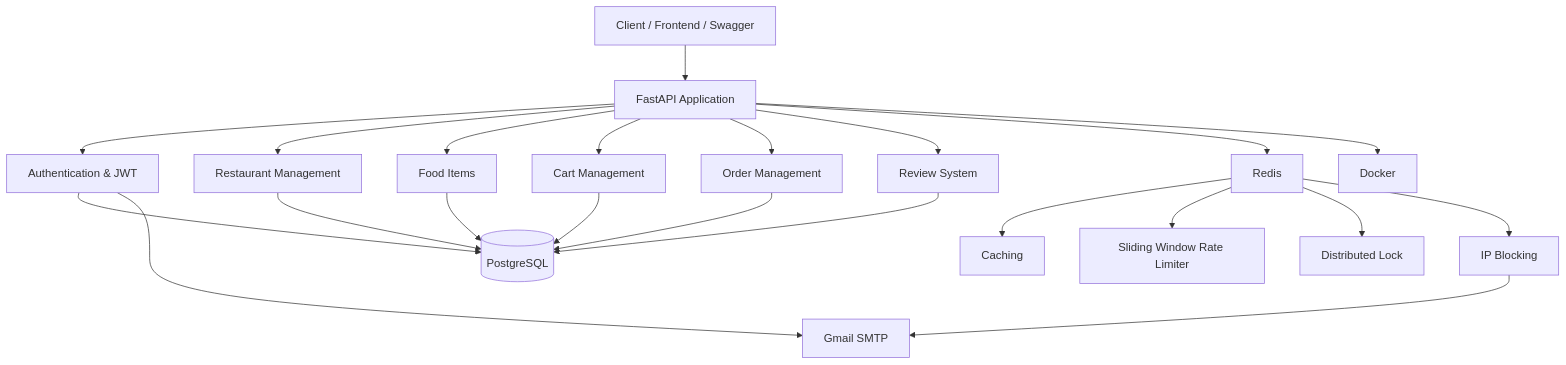
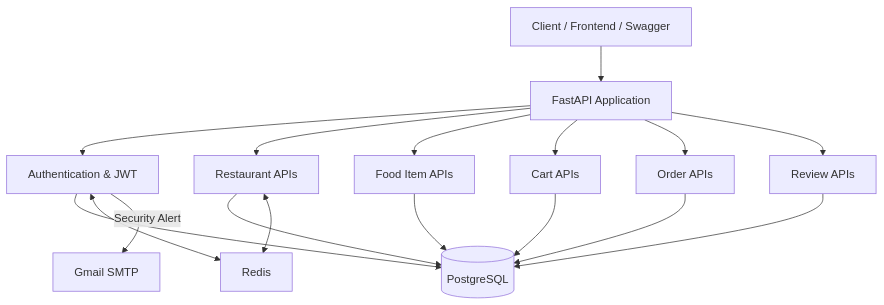
Before and after one commit to SathvikHegade/food_delivary_backend: the first of 9 diagrams in README.md, drawn with Mermaid. The commit also changed other lines of this file and 7 other files, not shown here.

````diff
--- a/README.md
+++ b/README.md
@@ -49,33 +89,38 @@
 ```mermaid
 flowchart TD
     Client["Client / Frontend / Swagger"]
+
     API["FastAPI Application"]
+
+    Auth["Authentication & JWT"]
+    Restaurants["Restaurant APIs"]
+    Food["Food Item APIs"]
+    Cart["Cart APIs"]
+    Orders["Order APIs"]
+    Reviews["Review APIs"]
+
+    Redis["Redis"]
+    DB[("PostgreSQL")]
+    Email["Gmail SMTP"]
 
     Client --> API
 
-    API --> Auth["Authentication & JWT"]
-    API --> Restaurant["Restaurant Management"]
-    API --> Food["Food Items"]
-    API --> Cart["Cart Management"]
-    API --> Order["Order Management"]
-    API --> Review["Review System"]
+    API --> Auth
+    API --> Restaurants
+    API --> Food
+    API --> Cart
+    API --> Orders
+    API --> Reviews
 
-    Auth --> DB[("PostgreSQL")]
-    Restaurant --> DB
+    Auth --> DB
+    Restaurants --> DB
     Food --> DB
     Cart --> DB
-    Order --> DB
-    Review --> DB
+    Orders --> DB
+    Reviews --> DB
 
-    API --> Redis["Redis"]
+    Restaurants <--> Redis
+    Auth <--> Redis
 
-    Redis --> Cache["Caching"]
-    Redis --> Rate["Sliding Window Rate Limiter"]
-    Redis --> Lock["Distributed Lock"]
-    Redis --> Block["IP Blocking"]
-
-    Auth --> Email["Gmail SMTP"]
-    Block --> Email
-
-    API --> Docker["Docker"]
+    Auth -->|Security Alert| Email
 ```
````
